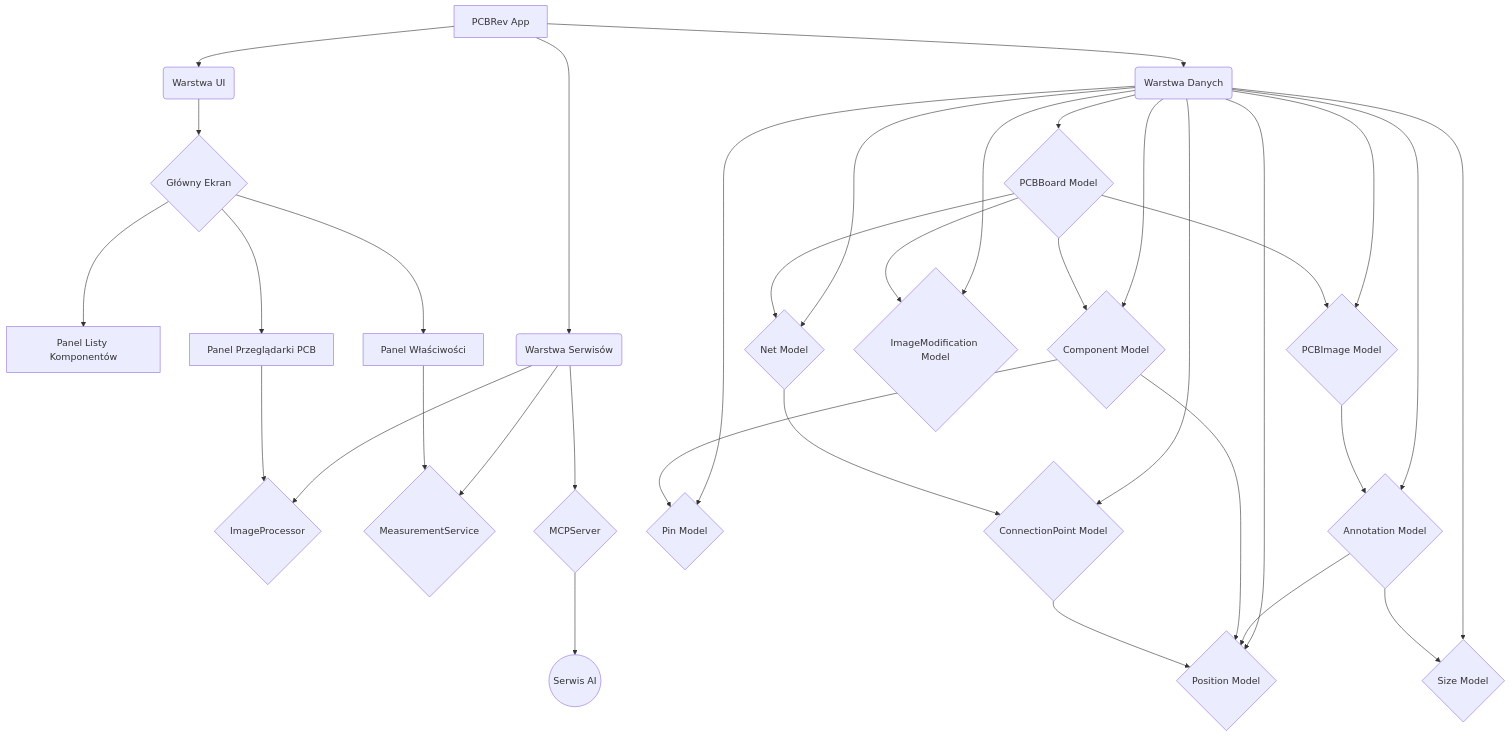
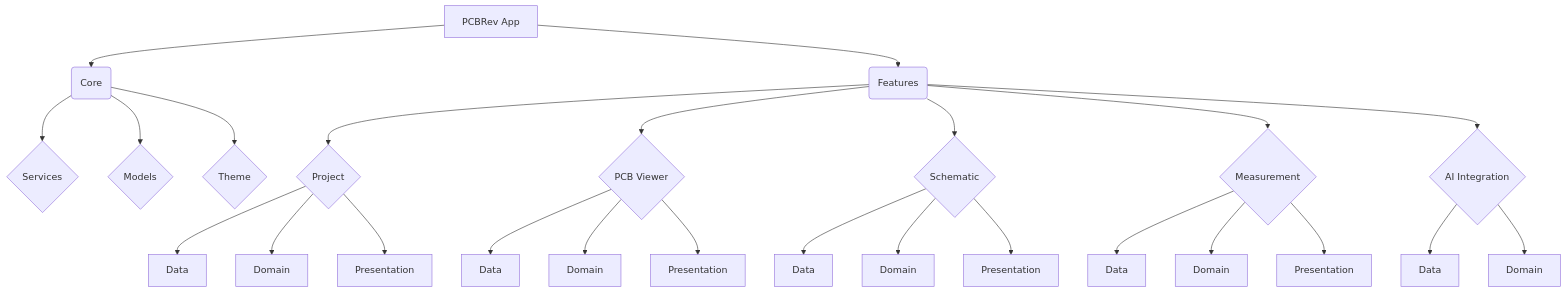
The diagram in README.md (damiik/pcb_rev), drawn with Mermaid before and after one commit. The commit also changed other lines of this file and 16 other files, not shown here.

````diff
--- a/README.md
+++ b/README.md
@@ -65,41 +51,34 @@
 ```mermaid
 graph TD
-    A[PCBRev App] --> B(Warstwa UI);
-    B --> C{Główny Ekran};
-    C --> D[Panel Listy Komponentów];
-    C --> E[Panel Przeglądarki PCB];
-    C --> F[Panel Właściwości];
+    A[PCBRev App] --> B(Core);
+    A --> C(Features);
 
-    A --> G(Warstwa Serwisów);
-    G --> H{ImageProcessor};
-    G --> I{MeasurementService};
-    G --> J{MCPServer};
+    B --> D{Services};
+    B --> E{Models};
+    B --> F{Theme};
 
-    A --> K(Warstwa Danych);
-    K --> L{PCBBoard Model};
-    K --> M{Component Model};
-    K --> N{Net Model};
-    K --> O{ImageModification Model};
-    K --> P{PCBImage Model};
-    K --> Q{Pin Model};
-    K --> R{Position Model};
-    K --> S{Annotation Model};
-    K --> T{Size Model};
-    K --> U{ConnectionPoint Model};
+    C --> G{Project};
+    C --> H{PCB Viewer};
+    C --> I{Schematic};
+    C --> J{Measurement};
+    C --> K{AI Integration};
 
-    E --> H;
-    F --> I;
-    J --> V((Serwis AI));
+    G --> G_Data[Data];
+    G --> G_Domain[Domain];
+    G --> G_Pres[Presentation];
 
-    L --> M;
-    L --> N;
-    L --> P;
-    L --> O;
-    P --> S;
-    S --> R;
-    S --> T;
-    M --> Q;
-    M --> R;
-    N --> U;
-    U --> R;
+    H --> H_Data[Data];
+    H --> H_Domain[Domain];
+    H --> H_Pres[Presentation];
+
+    I --> I_Data[Data];
+    I --> I_Domain[Domain];
+    I --> I_Pres[Presentation];
+
+    J --> J_Data[Data];
+    J --> J_Domain[Domain];
+    J --> J_Pres[Presentation];
+
+    K --> K_Data[Data];
+    K --> K_Domain[Domain];
 ```
````
